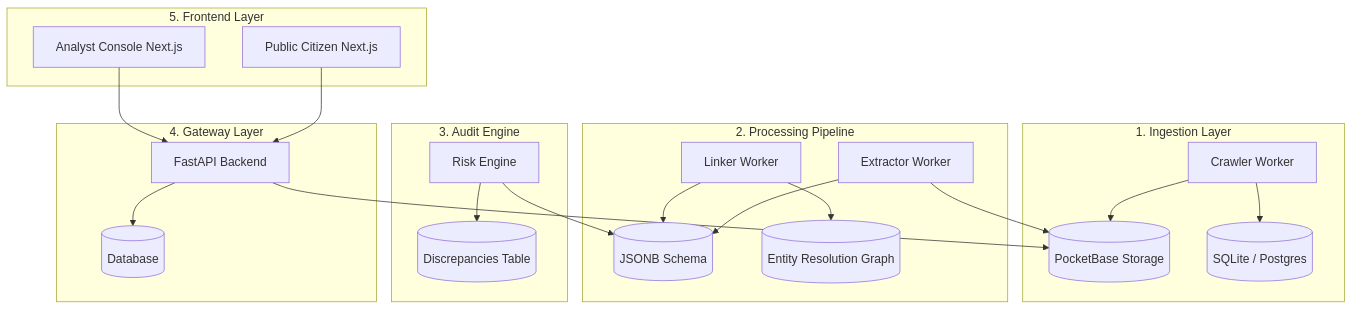
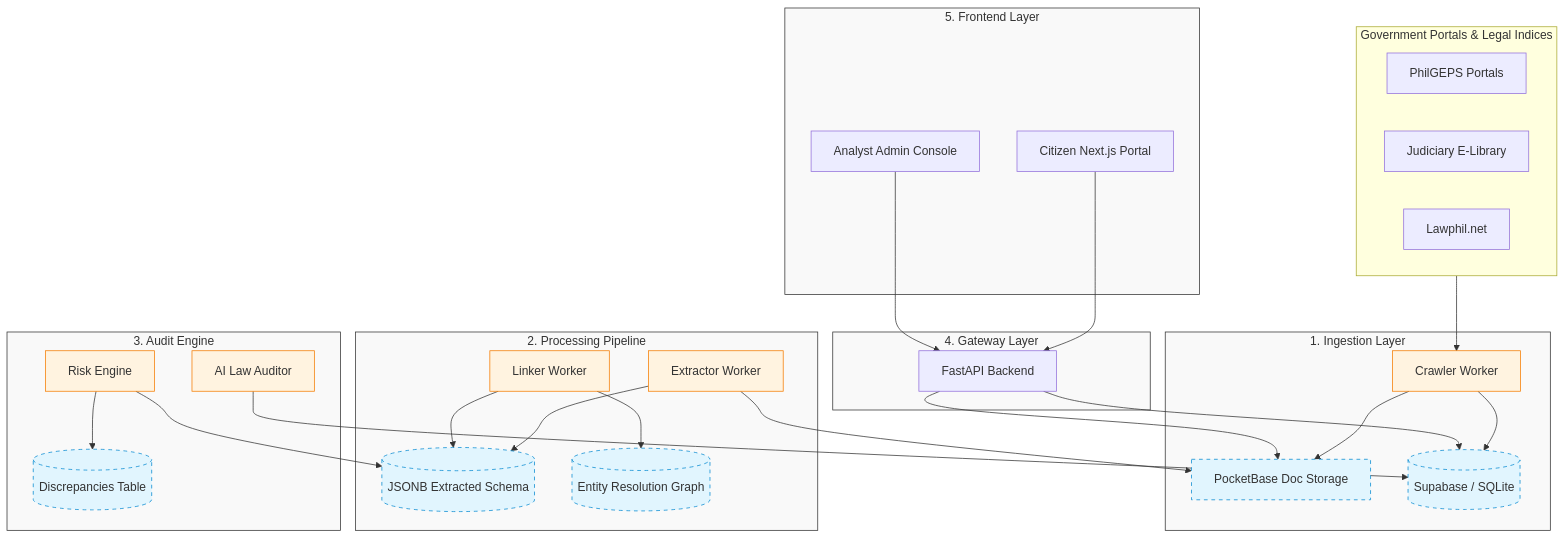
Before and after one commit to santimacorp-droid/veritas-ph: the diagram in README.md, drawn with Mermaid. The commit also changed other lines of this file and 1 other file, not shown here.

````diff
--- a/README.md
+++ b/README.md
@@ -21,29 +40,43 @@
 ```mermaid
 graph TD
+    classDef layer fill:#f9f9f9,stroke:#333,stroke-width:1px;
+    classDef db fill:#e1f5fe,stroke:#0288d1,stroke-width:1px,stroke-dasharray: 5 5;
+    classDef worker fill:#fff3e0,stroke:#f57c00,stroke-width:1px;
+
+    subgraph Sources [Government Portals & Legal Indices]
+        PhilGEPS[PhilGEPS Portals]
+        ELib[Judiciary E-Library]
+        Lawphil[Lawphil.net]
+    end
+
     subgraph Ingestion [1. Ingestion Layer]
-        Crawler[Crawler Worker] --> Docs[(PocketBase Storage)]
-        Crawler --> Metadata[(SQLite / Postgres)]
+        Crawler[Crawler Worker]:::worker --> Docs[PocketBase Doc Storage]:::db
+        Crawler --> MetadataDB[(Supabase / SQLite)]:::db
     end
 
     subgraph Processing [2. Processing Pipeline]
-        Extractor[Extractor Worker] --> Docs
-        Extractor --> Extractions[(JSONB Schema)]
-        Linker[Linker Worker] --> Extractions
-        Linker --> CrossRefs[(Entity Resolution Graph)]
+        Extractor[Extractor Worker]:::worker --> Docs
+        Extractor --> Extractions[(JSONB Extracted Schema)]:::db
+        Linker[Linker Worker]:::worker --> Extractions
+        Linker --> CrossRefs[(Entity Resolution Graph)]:::db
     end
 
     subgraph Risk [3. Audit Engine]
-        RiskEngine[Risk Engine] --> Extractions
-        RiskEngine --> Discrepancies[(Discrepancies Table)]
+        RiskEngine[Risk Engine]:::worker --> Extractions
+        RiskEngine --> Discrepancies[(Discrepancies Table)]:::db
+        LawAnalyzer[AI Law Auditor]:::worker --> MetadataDB
     end
 
     subgraph API [4. Gateway Layer]
-        FastAPI[FastAPI Backend] --> SQLite[(Database)]
+        FastAPI[FastAPI Backend] --> MetadataDB
         FastAPI --> Docs
     end
 
     subgraph UI [5. Frontend Layer]
-        PublicWeb[Public Citizen Next.js] --> FastAPI
-        AnalystWeb[Analyst Console Next.js] --> FastAPI
+        PublicWeb[Citizen Next.js Portal] --> FastAPI
+        AnalystWeb[Analyst Admin Console] --> FastAPI
     end
+
+    Sources --> Crawler
+    class Ingestion,Processing,Risk,API,UI layer;
 ```
````
